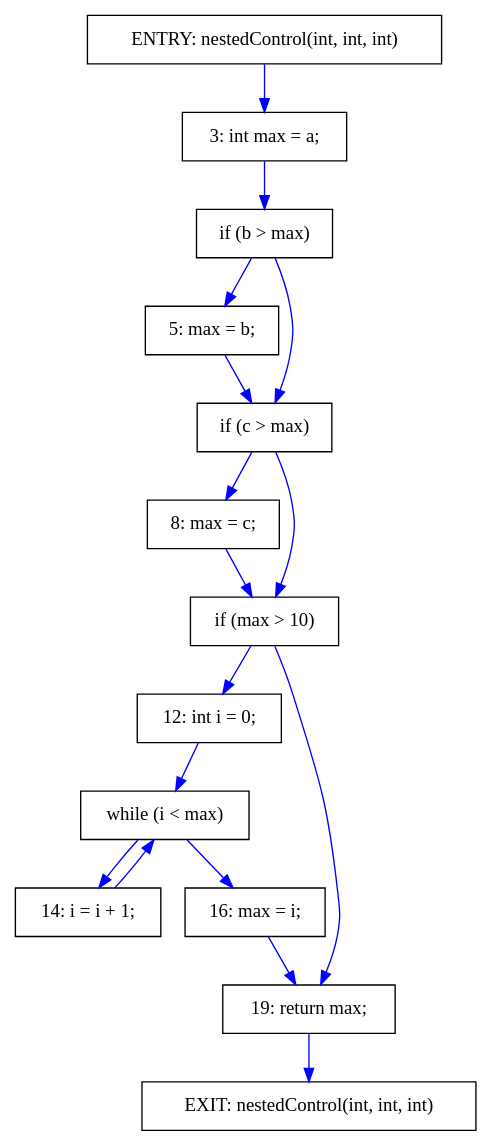
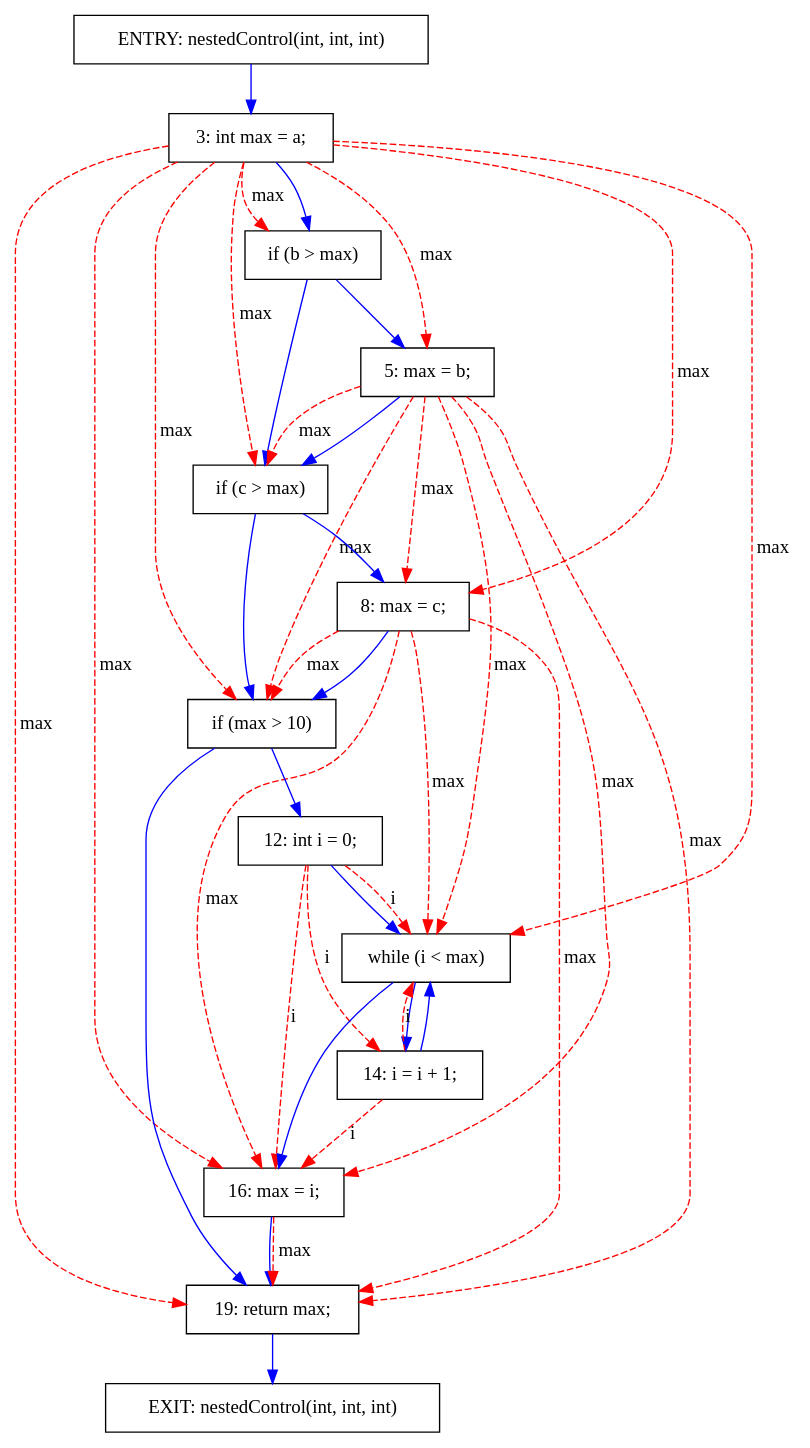
The diagram in results/NestedControl.dot (khaser/java-pdg), drawn with Graphviz before and after one commit. The commit also changed 19 other files, not shown here.

```diff
--- a/results/NestedControl.dot
+++ b/results/NestedControl.dot
@@ -1,35 +1,59 @@
 digraph PDG {
   rankdir=TB;
   node [shape=box];
 
   node0 [label="ENTRY: nestedControl(int, int, int)"];
   node1 [label="EXIT: nestedControl(int, int, int)"];
   node2 [label="3: int max = a;"];
   node3 [label="if (b > max)"];
   node4 [label="5: max = b;"];
   node5 [label="if (c > max)"];
   node6 [label="8: max = c;"];
   node7 [label="if (max > 10)"];
   node8 [label="12: int i = 0;"];
   node9 [label="while (i < max)"];
   node10 [label="14: i = i + 1;"];
   node11 [label="16: max = i;"];
   node12 [label="19: return max;"];
 
   node3 -> node4 [label="", color=blue];
   node5 -> node6 [label="", color=blue];
   node9 -> node10 [label="", color=blue];
   node7 -> node8 [label="", color=blue];
   node0 -> node2 [label="", color=blue];
   node2 -> node3 [label="", color=blue];
   node4 -> node5 [label="", color=blue];
   node3 -> node5 [label="", color=blue];
   node6 -> node7 [label="", color=blue];
   node5 -> node7 [label="", color=blue];
   node8 -> node9 [label="", color=blue];
   node9 -> node11 [label="", color=blue];
   node10 -> node9 [label="", color=blue];
   node11 -> node12 [label="", color=blue];
   node7 -> node12 [label="", color=blue];
   node12 -> node1 [label="", color=blue];
+  node2 -> node3 [label="max", color=red, style=dashed];
+  node2 -> node4 [label="max", color=red, style=dashed];
+  node2 -> node5 [label="max", color=red, style=dashed];
+  node2 -> node6 [label="max", color=red, style=dashed];
+  node2 -> node7 [label="max", color=red, style=dashed];
+  node2 -> node9 [label="max", color=red, style=dashed];
+  node2 -> node11 [label="max", color=red, style=dashed];
+  node2 -> node12 [label="max", color=red, style=dashed];
+  node4 -> node5 [label="max", color=red, style=dashed];
+  node4 -> node6 [label="max", color=red, style=dashed];
+  node4 -> node7 [label="max", color=red, style=dashed];
+  node4 -> node9 [label="max", color=red, style=dashed];
+  node4 -> node11 [label="max", color=red, style=dashed];
+  node4 -> node12 [label="max", color=red, style=dashed];
+  node6 -> node7 [label="max", color=red, style=dashed];
+  node6 -> node9 [label="max", color=red, style=dashed];
+  node6 -> node11 [label="max", color=red, style=dashed];
+  node6 -> node12 [label="max", color=red, style=dashed];
+  node11 -> node12 [label="max", color=red, style=dashed];
+  node8 -> node9 [label="i", color=red, style=dashed];
+  node8 -> node10 [label="i", color=red, style=dashed];
+  node8 -> node11 [label="i", color=red, style=dashed];
+  node10 -> node9 [label="i", color=red, style=dashed];
+  node10 -> node11 [label="i", color=red, style=dashed];
 }
```
